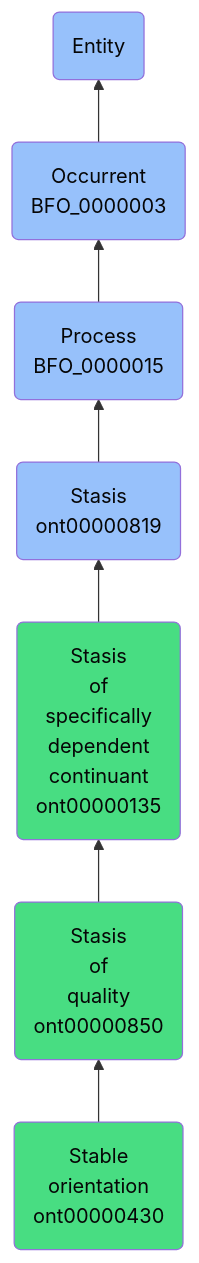
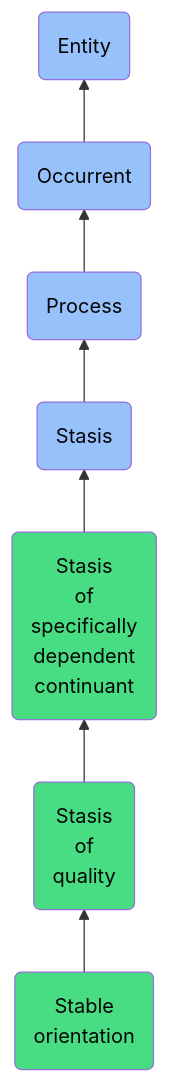
One commit to jupyter-naas/abi changed the diagram in docs/ontology/reference/model/Entity/Occurrent/Process/Stasis/Stasis of specifically dependent continuant/Stasis of quality/Stable orientation/Stable orientation.md. Above: the diagram before and after it, drawn with Mermaid. The commit also changed other lines of this file and 1430 other files, not shown here.

````diff
--- a/docs/ontology/reference/model/Entity/Occurrent/Process/Stasis/Stasis of specifically dependent continuant/Stasis of quality/Stable orientation/Stable orientation.md
+++ b/docs/ontology/reference/model/Entity/Occurrent/Process/Stasis/Stasis of specifically dependent continuant/Stasis of quality/Stable orientation/Stable orientation.md
@@ -24,14 +24,14 @@
 ```mermaid
 graph BT
-    ont00000430(Stable<br>orientation<br>ont00000430):::ABI-->ont00000850
-    ont00000850(Stasis<br>of<br>quality<br>ont00000850):::ABI-->ont00000135
-    ont00000135(Stasis<br>of<br>specifically<br>dependent<br>continuant<br>ont00000135):::ABI-->ont00000819
-    ont00000819(Stasis<br>ont00000819):::BFO-->BFO_0000015
-    BFO_0000015(Process<br>BFO_0000015):::BFO-->BFO_0000003
-    BFO_0000003(Occurrent<br>BFO_0000003):::BFO-->BFO_0000001
+    ont00000430(Stable<br>orientation):::ABI-->ont00000850
+    ont00000850(Stasis<br>of<br>quality):::ABI-->ont00000135
+    ont00000135(Stasis<br>of<br>specifically<br>dependent<br>continuant):::ABI-->ont00000819
+    ont00000819(Stasis):::BFO-->BFO_0000015
+    BFO_0000015(Process):::BFO-->BFO_0000003
+    BFO_0000003(Occurrent):::BFO-->BFO_0000001
     BFO_0000001(Entity):::BFO
     
     classDef BFO fill:#97c1fb,color:#060606
     classDef CCO fill:#e4c51e,color:#060606
     classDef ABI fill:#48DD82,color:#060606
 ```
````
